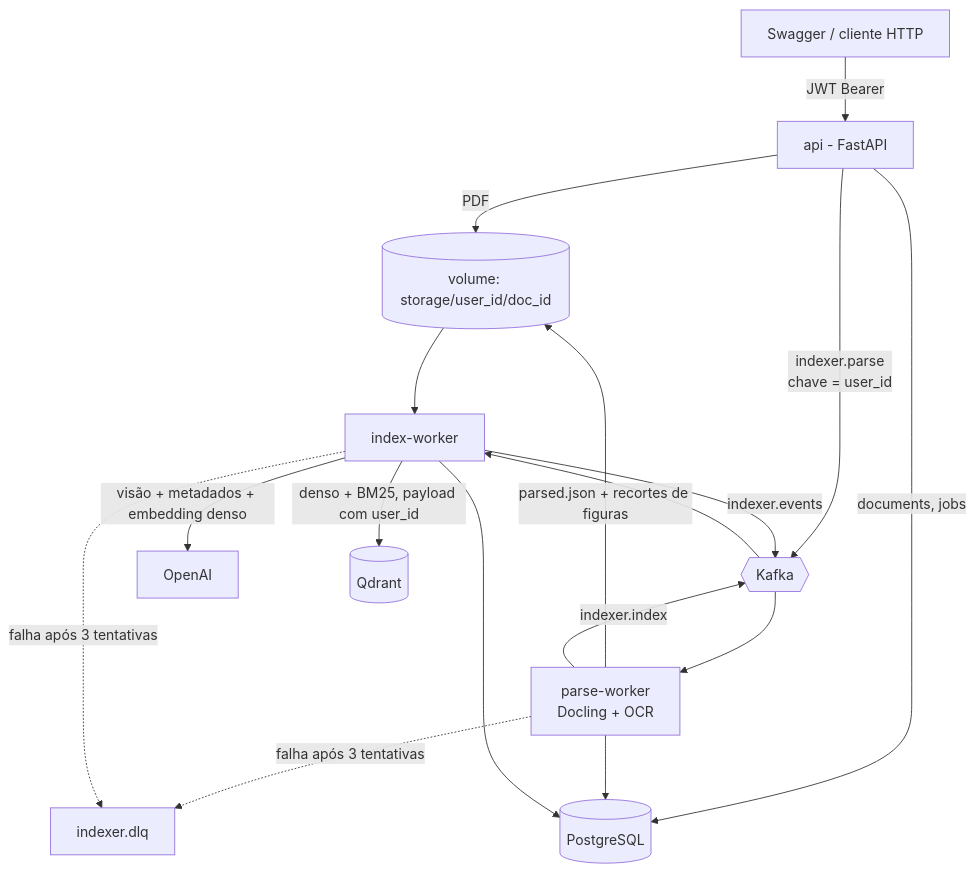
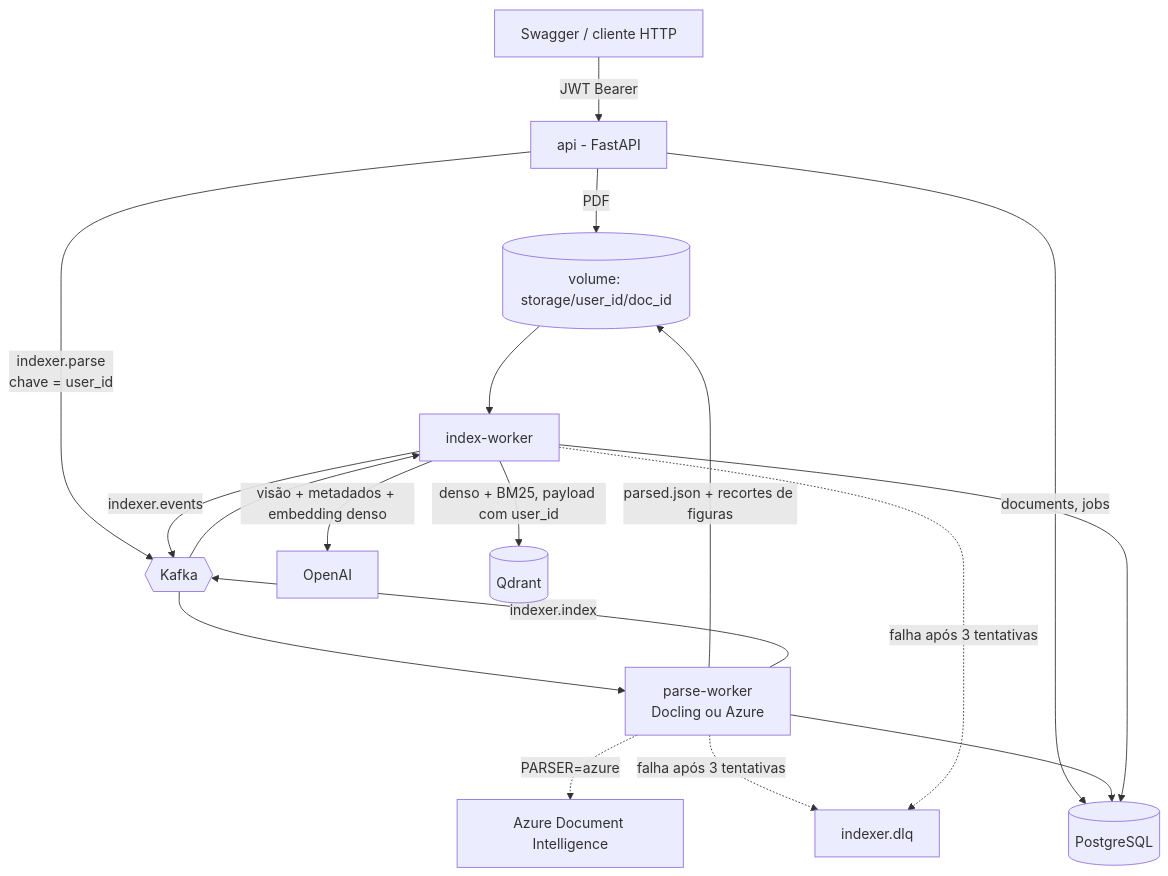
Before and after one commit to proscholdt/MultAgent_AnaliseDocumental: the diagram in indexer/README.md, drawn with Mermaid. The commit also changed other lines of this file and 24 other files, not shown here.

First line of the commit message:
Indexador: Azure Document Intelligence como segundo parser, escolhido por PARSER

````diff
--- a/indexer/README.md
+++ b/indexer/README.md
@@ -14,19 +17,20 @@
 ```mermaid
 flowchart TD
     C[Swagger / cliente HTTP] -->|JWT Bearer| API[api - FastAPI]
     API -->|PDF| VOL[(volume: storage/user_id/doc_id)]
     API -->|documents, jobs| PG[(PostgreSQL)]
     API -->|indexer.parse<br/>chave = user_id| K{{Kafka}}
-    K --> PW[parse-worker<br/>Docling + OCR]
+    K --> PW[parse-worker<br/>Docling ou Azure]
+    PW -. PARSER=azure .-> ADI[Azure Document Intelligence]
     PW -->|parsed.json + recortes de figuras| VOL
     PW -->|indexer.index| K
     K --> IW[index-worker]
     VOL --> IW
     IW -->|visão + metadados + embedding denso| OAI[OpenAI]
     IW -->|denso + BM25, payload com user_id| Q[(Qdrant)]
     IW -->|indexer.events| K
     PW -. falha após 3 tentativas .-> DLQ[indexer.dlq]
     IW -. falha após 3 tentativas .-> DLQ
     PW --> PG
     IW --> PG
 ```
````
